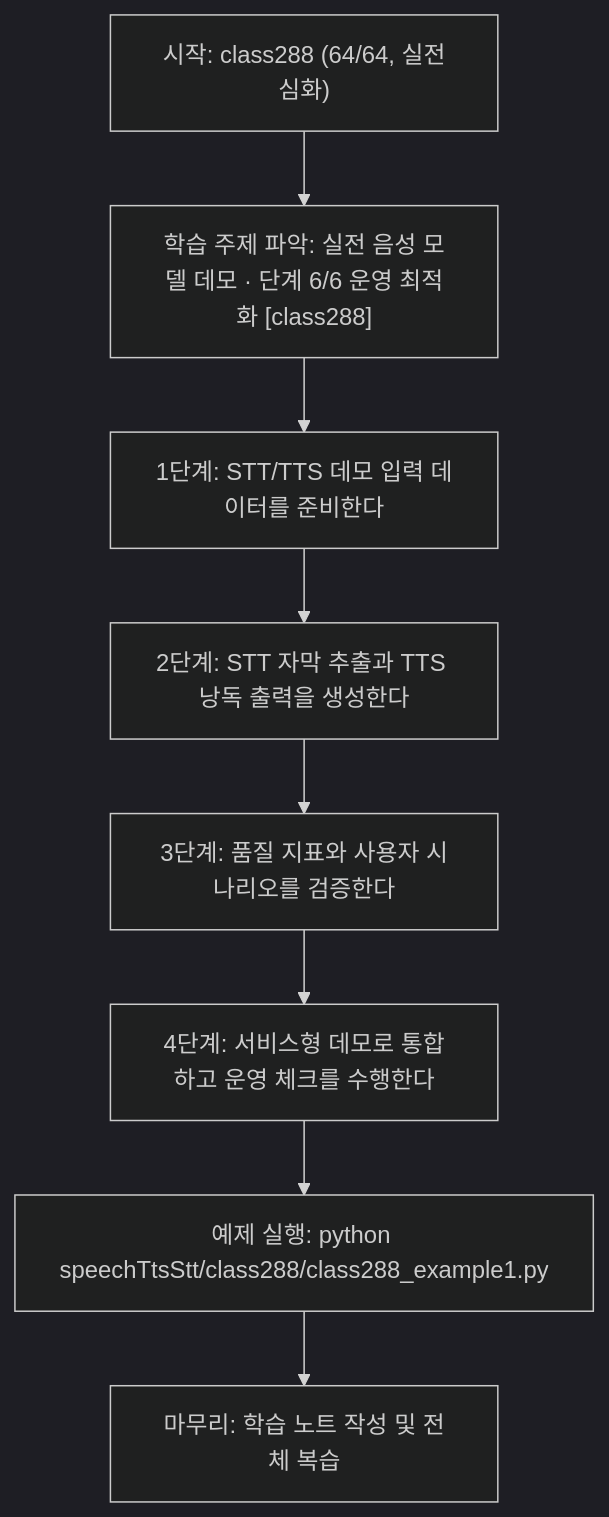
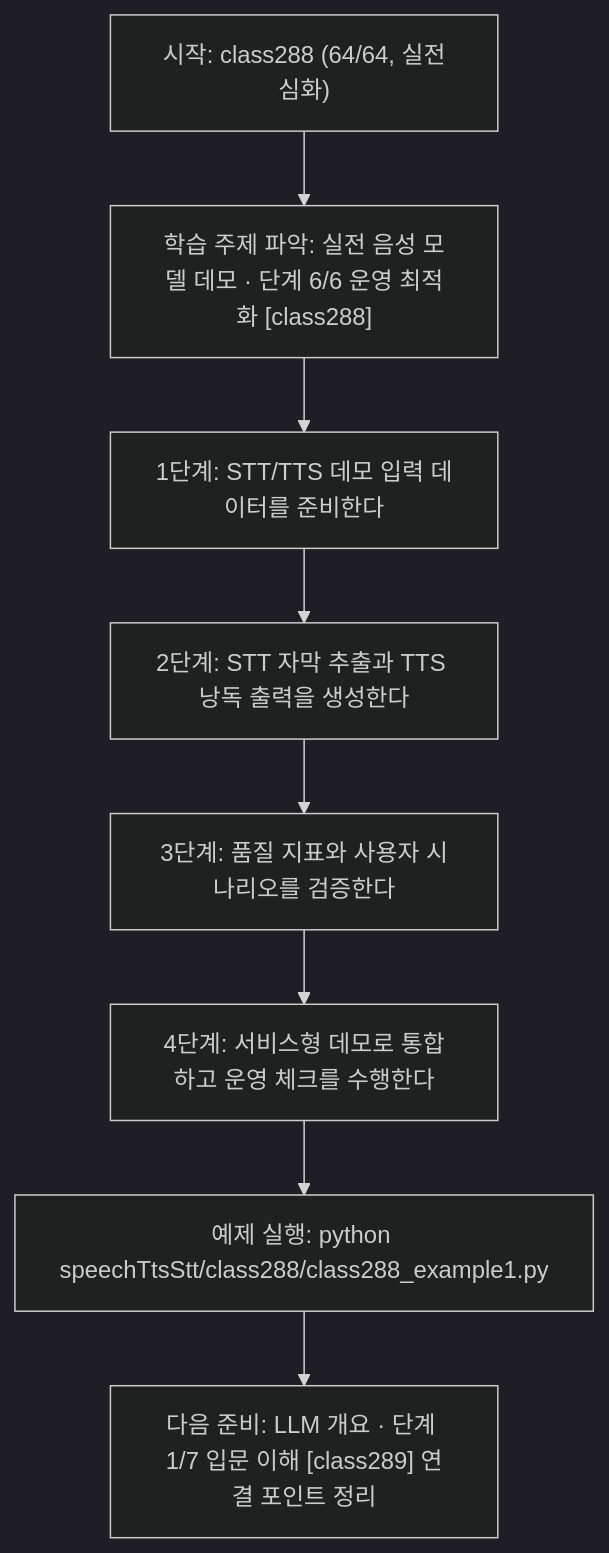
The diagram in speechTtsStt/class288/class288.md (edumgt/Python-AI_Agent-Class), drawn with Mermaid (dark theme) before and after one commit. The commit also changed other lines of this file and 1409 other files, not shown here.

````diff
--- a/speechTtsStt/class288/class288.md
+++ b/speechTtsStt/class288/class288.md
@@ -95,18 +95,18 @@
 ```mermaid
 flowchart TD
 N1["시작: class288 (64/64, 실전심화)"]
 N2["학습 주제 파악: 실전 음성 모델 데모 · 단계 6/6 운영 최적화 [class288]"]
 N3["1단계: STT/TTS 데모 입력 데이터를 준비한다"]
 N4["2단계: STT 자막 추출과 TTS 낭독 출력을 생성한다"]
 N5["3단계: 품질 지표와 사용자 시나리오를 검증한다"]
 N6["4단계: 서비스형 데모로 통합하고 운영 체크를 수행한다"]
 N7["예제 실행: python speechTtsStt/class288/class288_example1.py"]
-N8["마무리: 학습 노트 작성 및 전체 복습"]
+N8["다음 준비: LLM 개요 · 단계 1/7 입문 이해 [class289] 연결 포인트 정리"]
 N1 --> N2
 N2 --> N3
 N3 --> N4
 N4 --> N5
 N5 --> N6
 N6 --> N7
 N7 --> N8
 ```
````
